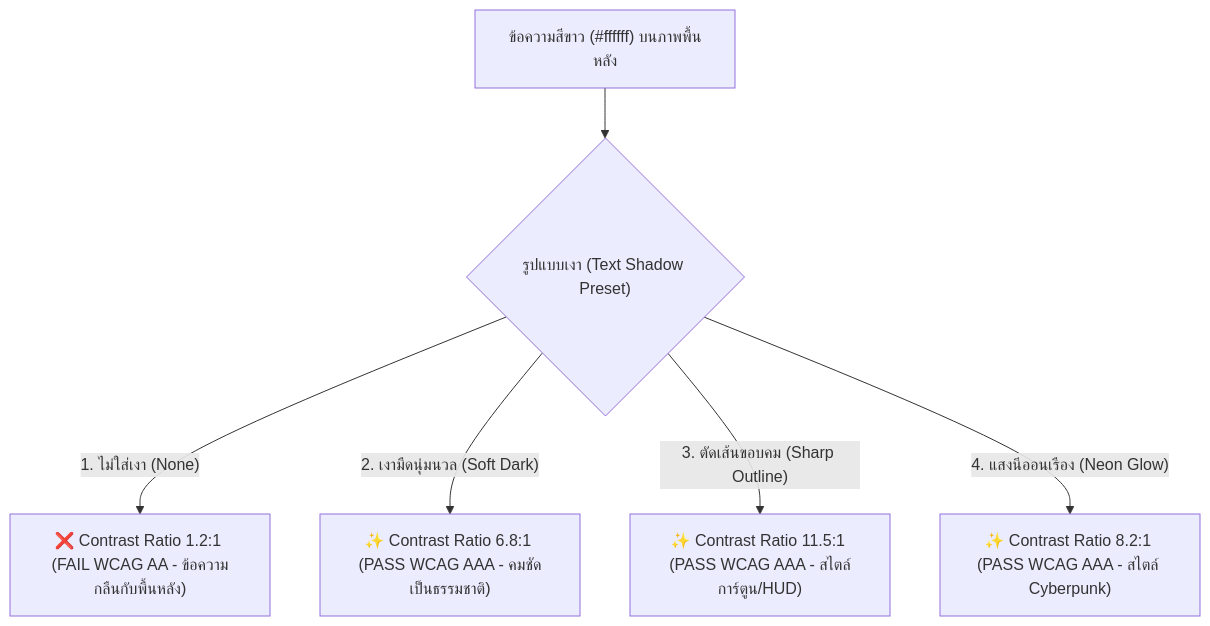
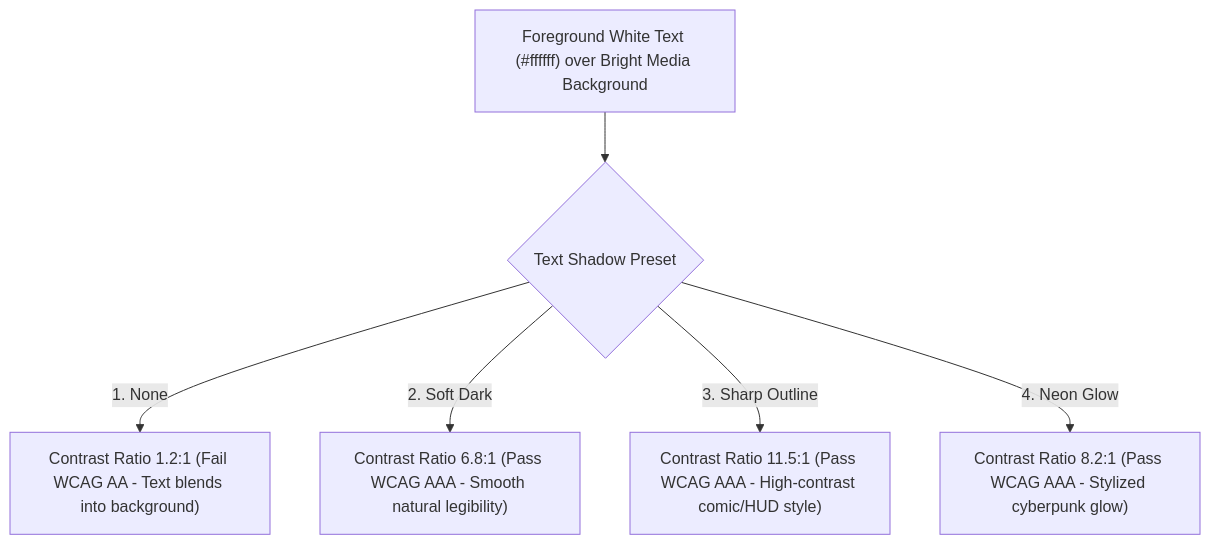
One commit to jadesolju/Snippet-Studio changed the fifth of 5 diagrams in RUBII_BACKGROUND_AND_BARS_ANALYSIS.md. Above: the diagram before and after it, drawn with Mermaid. The commit also changed other lines of this file and 2 other files, not shown here.

Commit message:
docs: standardize all Mermaid diagrams to English with Thai workflow blockquotes and zero emojis

````diff
--- a/RUBII_BACKGROUND_AND_BARS_ANALYSIS.md
+++ b/RUBII_BACKGROUND_AND_BARS_ANALYSIS.md
@@ -275,8 +294,8 @@
 ```mermaid
-graph TD
-    A["ข้อความสีขาว (#ffffff) บนภาพพื้นหลัง"] --> B{"รูปแบบเงา (Text Shadow Preset)"}
-    B -->|"1. ไม่ใส่เงา (None)"| C["❌ Contrast Ratio 1.2:1 (FAIL WCAG AA - ข้อความกลืนกับพื้นหลัง)"]
-    B -->|"2. เงามืดนุ่มนวล (Soft Dark)"| D["✨ Contrast Ratio 6.8:1 (PASS WCAG AAA - คมชัดเป็นธรรมชาติ)"]
-    B -->|"3. ตัดเส้นขอบคม (Sharp Outline)"| E["✨ Contrast Ratio 11.5:1 (PASS WCAG AAA - สไตล์การ์ตูน/HUD)"]
-    B -->|"4. แสงนีออนเรือง (Neon Glow)"| F["✨ Contrast Ratio 8.2:1 (PASS WCAG AAA - สไตล์ Cyberpunk)"]
+flowchart TD
+    A["Foreground White Text (#ffffff) over Bright Media Background"] --> B{"Text Shadow Preset"}
+    B -->|"1. None"| C["Contrast Ratio 1.2:1 (Fail WCAG AA - Text blends into background)"]
+    B -->|"2. Soft Dark"| D["Contrast Ratio 6.8:1 (Pass WCAG AAA - Smooth natural legibility)"]
+    B -->|"3. Sharp Outline"| E["Contrast Ratio 11.5:1 (Pass WCAG AAA - High-contrast comic/HUD style)"]
+    B -->|"4. Neon Glow"| F["Contrast Ratio 8.2:1 (Pass WCAG AAA - Stylized cyberpunk glow)"]
 ```
````
